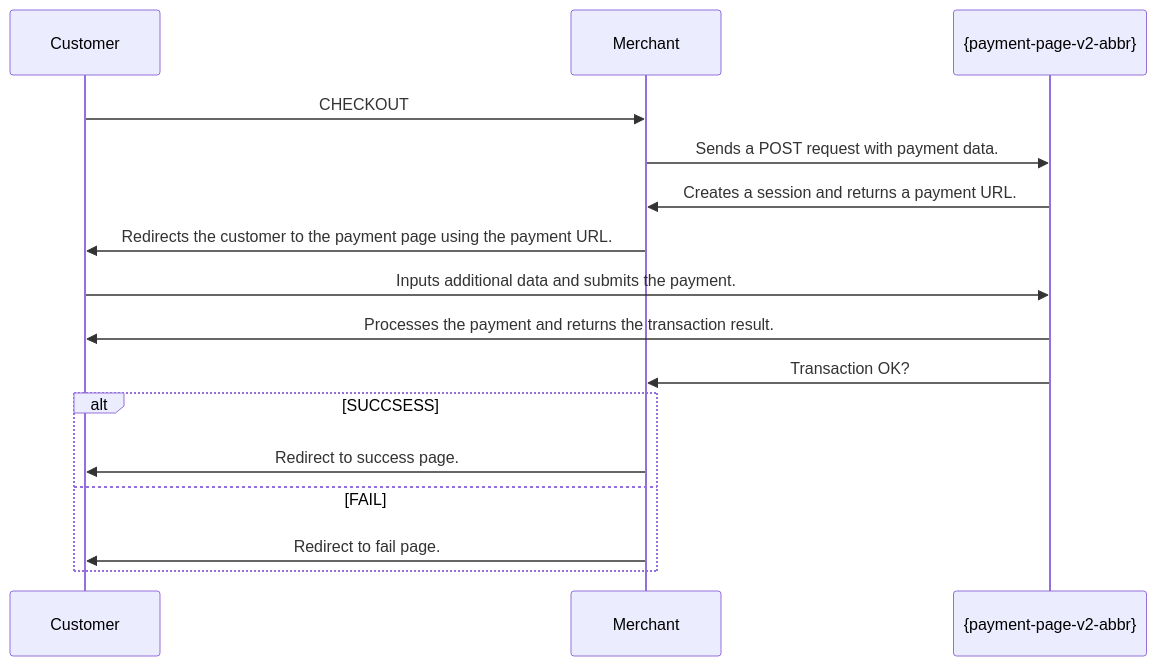
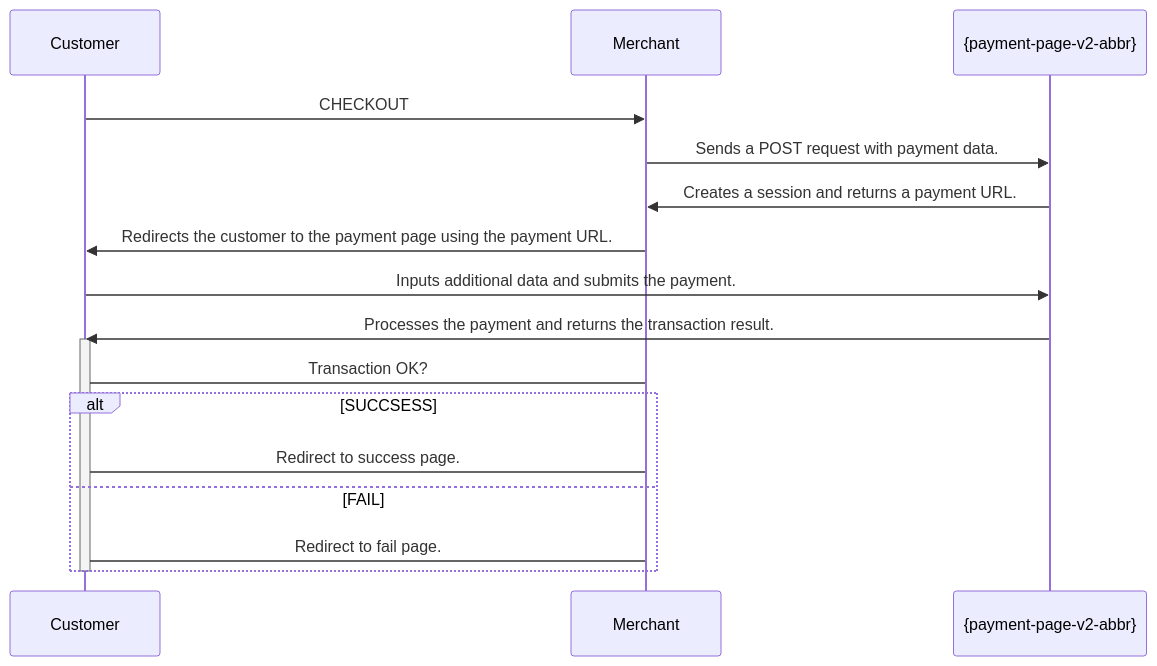
The diagram in 03-01-10-wpp-workflow.adoc (wirecard/merchant-documentation-gateway), drawn with Mermaid before and after one commit.

Commit message:
Update Mermaid Diagrams

```diff
--- a/03-01-10-wpp-workflow.adoc
+++ b/03-01-10-wpp-workflow.adoc
@@ -7,19 +7,21 @@
 [mermaid,PPv2BasicPaymentWorkflow,svg,subs=attributes+]
 ----
 sequenceDiagram
-    participant Customer
-    participant Merchant
-    participant {payment-page-v2-abbr}
-        Customer ->> Merchant: CHECKOUT
-        Merchant ->> {payment-page-v2-abbr}: Sends a POST request with payment data.
-        {payment-page-v2-abbr}->>Merchant: Creates a session and returns a payment URL.
-        Merchant ->> Customer: Redirects the customer to the payment page using the payment URL.
-        Customer ->> {payment-page-v2-abbr}: Inputs additional data and submits the payment.
-        {payment-page-v2-abbr} ->> Customer: Processes the payment and returns the transaction result.
-        {payment-page-v2-abbr}->> Merchant: Transaction OK?
+    participant A as Customer
+    participant B as Merchant
+    participant C as {payment-page-v2-abbr}
+        A ->> B: CHECKOUT
+        B ->> C: Sends a POST request with payment data.
+        C ->> B: Creates a session and returns a payment URL.
+        B ->> A: Redirects the customer to the payment page using the payment URL.
+        A ->> C: Inputs additional data and submits the payment.
+        C ->> A: Processes the payment and returns the transaction result.
+        activate A
+        B -> A: Transaction OK?
             alt SUCCSESS
-           	 Merchant ->> Customer: Redirect to success page.
+           	 B -> A: Redirect to success page.
             else FAIL
-            	Merchant ->> Customer: Redirect to fail page.
+            	B -> A: Redirect to fail page.
             end
+        deactivate A
 ----
```
